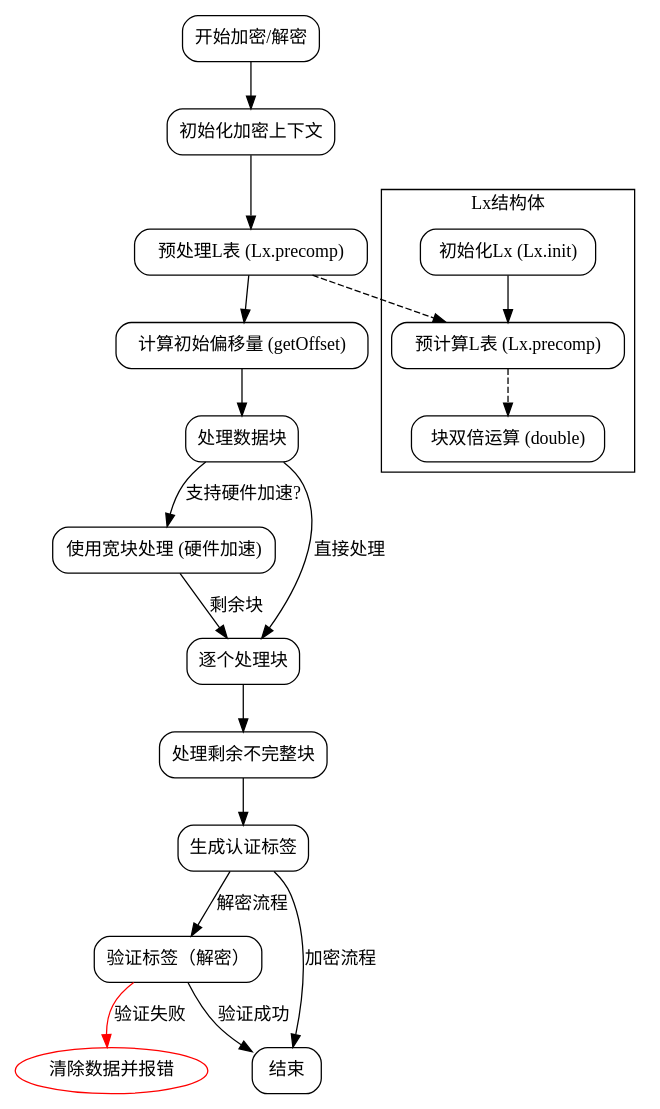
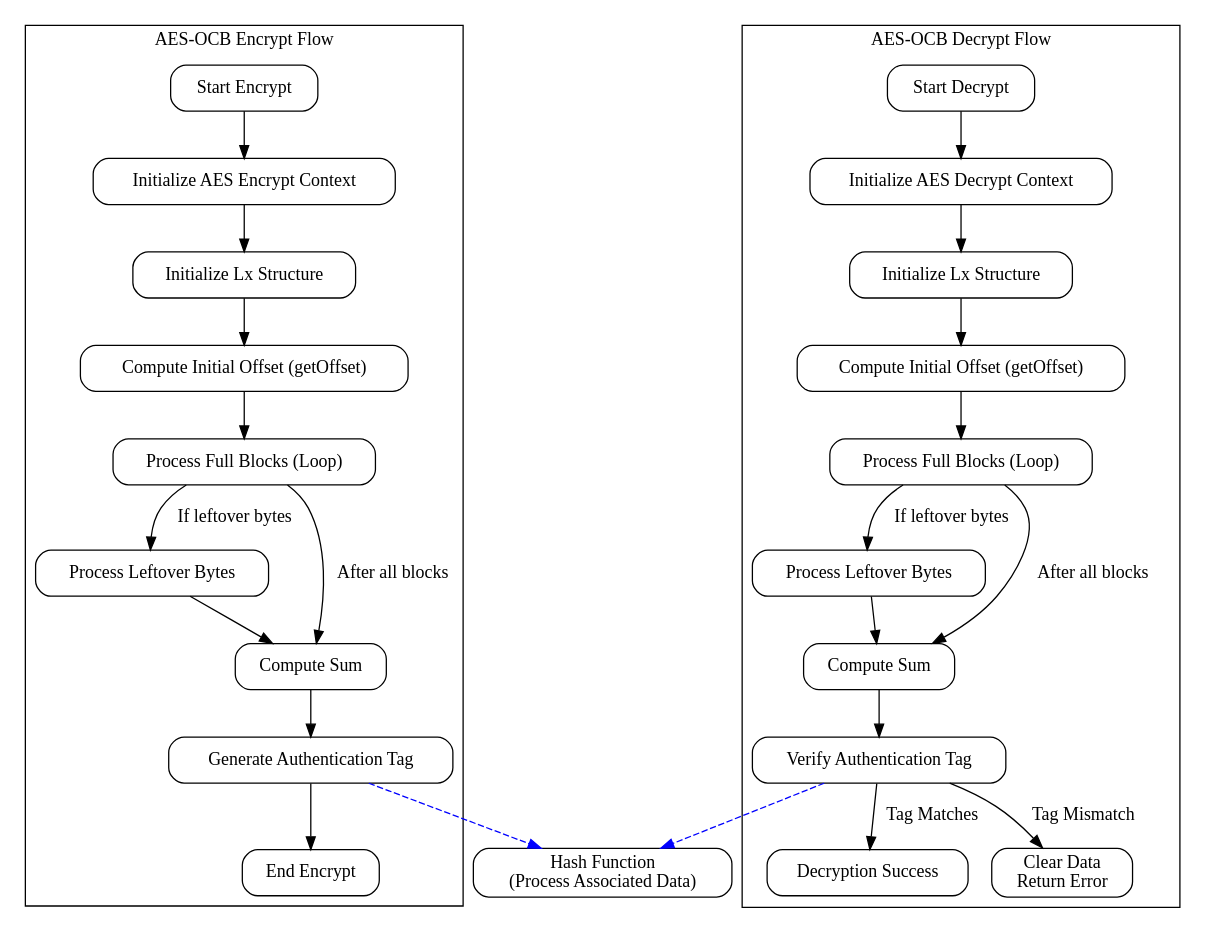
One commit to sdzx-1/deepseek-zig-reader changed the diagram in dot_std/crypto/aes_ocb.zig.AesOcb.md. Above: the diagram before and after it, drawn with Graphviz. The commit also changed other lines of this file and 236 other files, not shown here.

````diff
--- a/dot_std/crypto/aes_ocb.zig.AesOcb.md
+++ b/dot_std/crypto/aes_ocb.zig.AesOcb.md
@@ -41,52 +23,56 @@
-```dot
+```graphviz
 digraph AesOcbFlow {
     rankdir=TB;
-    node [shape=rectangle, style=rounded];
+    node [shape=rectangle, style="rounded"];
 
-    start [label="开始加密/解密"];
-    init [label="初始化加密上下文"];
-    precomp [label="预处理L表 (Lx.precomp)"];
-    get_offset [label="计算初始偏移量 (getOffset)"];
-    process_blocks [label="处理数据块"];
-    process_wide_blocks [label="使用宽块处理 (硬件加速)"];
-    process_standard_blocks [label="逐个处理块"];
-    leftover [label="处理剩余不完整块"];
-    generate_tag [label="生成认证标签"];
-    verify_tag [label="验证标签（解密）"];
-    end [label="结束"];
+    // Encrypt Function
+    subgraph cluster_encrypt {
+        label="AES-OCB Encrypt Flow";
+        encrypt_start [label="Start Encrypt"];
+        init_aes_ctx [label="Initialize AES Encrypt Context"];
+        init_lx [label="Initialize Lx Structure"];
+        compute_offset [label="Compute Initial Offset (getOffset)"];
+        process_full_blocks [label="Process Full Blocks (Loop)"];
+        process_leftover [label="Process Leftover Bytes"];
+        compute_sum [label="Compute Sum"];
+        generate_tag [label="Generate Authentication Tag"];
+        encrypt_end [label="End Encrypt"];
 
-    // 加密流程
-    start -> init;
-    init -> precomp;
-    precomp -> get_offset;
-    get_offset -> process_blocks;
-
-    process_blocks -> process_wide_blocks [label="支持硬件加速?"];
-    process_wide_blocks -> process_standard_blocks [label="剩余块"];
-    process_blocks -> process_standard_blocks [label="直接处理"];
-
-    process_standard_blocks -> leftover;
-    leftover -> generate_tag;
-
-    // 解密流程分支
-    generate_tag -> verify_tag [label="解密流程"];
-    verify_tag -> end [label="验证成功"];
-    verify_tag -> error [label="验证失败", color=red];
-
-    // 通用流程连接
-    generate_tag -> end [label="加密流程"];
-    error [label="清除数据并报错", shape=oval, color=red];
-
-    // 子流程展开
-    subgraph cluster_Lx {
-        label="Lx结构体";
-        lx_init [label="初始化Lx (Lx.init)"];
-        lx_precomp [label="预计算L表 (Lx.precomp)"];
-        lx_double [label="块双倍运算 (double)"];
-        lx_init -> lx_precomp;
-        lx_precomp -> lx_double [style=dashed];
+        encrypt_start -> init_aes_ctx -> init_lx -> compute_offset;
+        compute_offset -> process_full_blocks;
+        process_full_blocks -> process_leftover [label="If leftover bytes"];
+        process_full_blocks -> compute_sum [label="After all blocks"];
+        process_leftover -> compute_sum;
+        compute_sum -> generate_tag -> encrypt_end;
     }
 
-    precomp -> lx_precomp [lhead=cluster_Lx, style=dashed];
+    // Decrypt Function
+    subgraph cluster_decrypt {
+        label="AES-OCB Decrypt Flow";
+        decrypt_start [label="Start Decrypt"];
+        init_aes_dec_ctx [label="Initialize AES Decrypt Context"];
+        init_lx_dec [label="Initialize Lx Structure"];
+        compute_offset_dec [label="Compute Initial Offset (getOffset)"];
+        process_full_blocks_dec [label="Process Full Blocks (Loop)"];
+        process_leftover_dec [label="Process Leftover Bytes"];
+        compute_sum_dec [label="Compute Sum"];
+        verify_tag [label="Verify Authentication Tag"];
+        decrypt_success [label="Decryption Success"];
+        decrypt_fail [label="Clear Data\nReturn Error"];
+
+        decrypt_start -> init_aes_dec_ctx -> init_lx_dec -> compute_offset_dec;
+        compute_offset_dec -> process_full_blocks_dec;
+        process_full_blocks_dec -> process_leftover_dec [label="If leftover bytes"];
+        process_full_blocks_dec -> compute_sum_dec [label="After all blocks"];
+        process_leftover_dec -> compute_sum_dec;
+        compute_sum_dec -> verify_tag;
+        verify_tag -> decrypt_success [label="Tag Matches"];
+        verify_tag -> decrypt_fail [label="Tag Mismatch"];
+    }
+
+    // Common Components
+    hash_function [label="Hash Function\n(Process Associated Data)"];
+    generate_tag -> hash_function [style=dashed, color=blue];
+    verify_tag -> hash_function [style=dashed, color=blue];
 }
 ```
````
